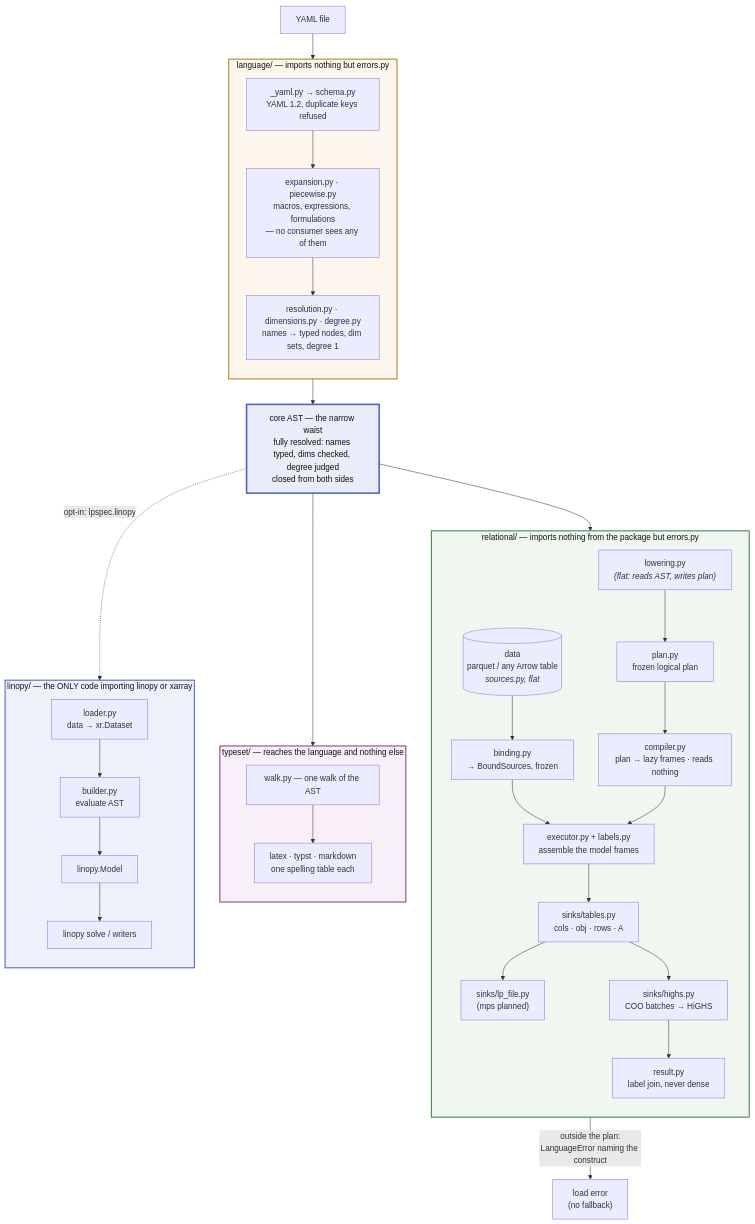
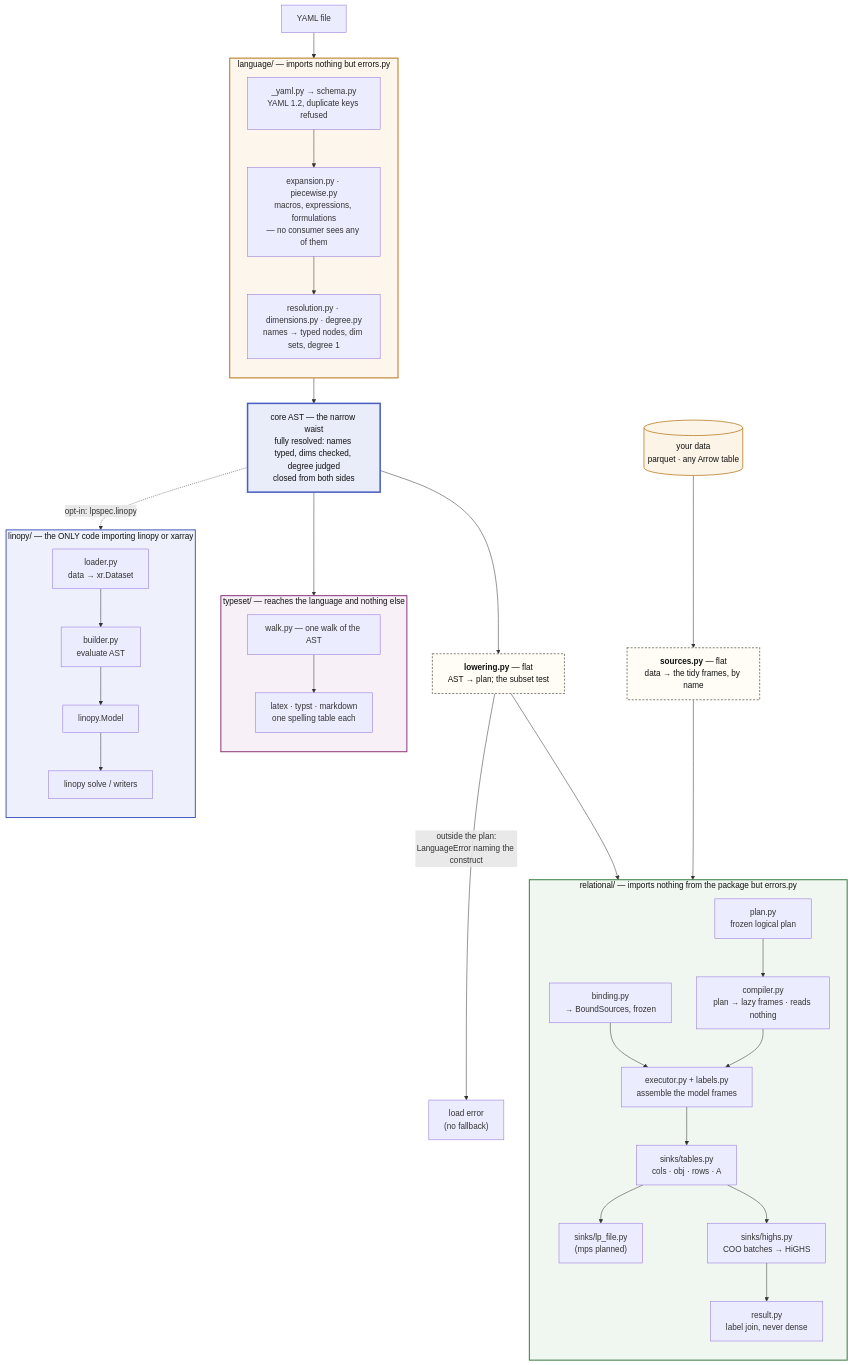
One commit to FBumann/farkas changed the first of 2 diagrams in docs/ARCHITECTURE.md. Above: the diagram before and after it, drawn with Mermaid. The commit also changed other lines of this file and 1 other file, not shown here.

First line of the commit message:
docs(architecture): the data arrow, and the seam it enters at

````diff
--- a/docs/ARCHITECTURE.md
+++ b/docs/ARCHITECTURE.md
@@ -31,54 +40,63 @@
 ```mermaid
 flowchart TB
     Y[YAML file] --> LANG
 
     subgraph LANG["language/ — imports nothing but errors.py"]
         direction TB
         SCHEMA["_yaml.py → schema.py<br/>YAML 1.2, duplicate keys refused"]
         SCHEMA --> EXPAND["expansion.py · piecewise.py<br/>macros, expressions, formulations<br/>— no consumer sees any of them"]
         EXPAND --> RESOLVE["resolution.py · dimensions.py · degree.py<br/>names → typed nodes, dim sets, degree 1"]
     end
 
     LANG --> AST["core AST — the narrow waist<br/>fully resolved: names typed, dims checked, degree judged<br/>closed from both sides"]
 
     AST --> LOWER
     AST --> WALK
     AST -.->|"opt-in: lpspec.linopy"| BUILD
 
+    DATA[("your data<br/>parquet · any Arrow table")] --> SRC
+
+    LOWER["<b>lowering.py</b> — flat<br/>AST → plan; the subset test"]
+    SRC["<b>sources.py</b> — flat<br/>data → the tidy frames, by name"]
+
+    LOWER --> PLAN
+    SRC --> BIND
+    LOWER -->|"outside the plan:<br/>LanguageError naming the construct"| ERR["load error<br/>(no fallback)"]
+
     subgraph REL["relational/ — imports nothing from the package but errors.py"]
         direction TB
-        LOWER["lowering.py<br/><i>(flat: reads AST, writes plan)</i>"] --> PLAN["plan.py<br/>frozen logical plan"]
-        PLAN --> COMP["compiler.py<br/>plan → lazy frames · reads nothing"]
-        DR[("data<br/>parquet / any Arrow table<br/><i>sources.py, flat</i>")] --> BIND["binding.py<br/>→ BoundSources, frozen"]
-        BIND --> EXEC
+        PLAN["plan.py<br/>frozen logical plan"] --> COMP["compiler.py<br/>plan → lazy frames · reads nothing"]
+        BIND["binding.py<br/>→ BoundSources, frozen"] --> EXEC
         COMP --> EXEC["executor.py + labels.py<br/>assemble the model frames"]
         EXEC --> TABLES["sinks/tables.py<br/>cols · obj · rows · A"]
         TABLES --> LPS["sinks/lp_file.py<br/>(mps planned)"]
         TABLES --> DIRECT["sinks/highs.py<br/>COO batches → HiGHS"]
         DIRECT --> SOL["result.py<br/>label join, never dense"]
     end
 
     subgraph TS["typeset/ — reaches the language and nothing else"]
         direction TB
         WALK["walk.py — one walk of the AST"] --> FMT["latex · typst · markdown<br/>one spelling table each"]
     end
 
     subgraph EAGER["linopy/ — the ONLY code importing linopy or xarray"]
         direction TB
         LOAD["loader.py<br/>data → xr.Dataset"] --> BUILD["builder.py<br/>evaluate AST"]
         BUILD --> MODEL[linopy.Model] --> SOLVE["linopy solve / writers"]
     end
 
-    LOWER -->|"outside the plan:<br/>LanguageError naming the construct"| ERR["load error<br/>(no fallback)"]
-
     classDef laneL fill:#fdf6ec,stroke:#b7791f,stroke-width:2px,color:#111
     classDef laneR fill:#f0f7f0,stroke:#3a7d44,stroke-width:2px,color:#111
     classDef laneE fill:#eef1fb,stroke:#4a5fc1,stroke-width:2px,color:#111
     classDef laneT fill:#f7f0f7,stroke:#8b3a7d,stroke-width:2px,color:#111
     classDef waist fill:#e9edfa,stroke:#4a5fc1,stroke-width:3px,color:#111
+    classDef flat fill:#fffdf5,stroke:#8a8578,stroke-width:2px,stroke-dasharray:4 3,color:#111
+    classDef data fill:#fdf4e8,stroke:#b7791f,stroke-width:1.5px,color:#111
     class LANG laneL
     class REL laneR
     class EAGER laneE
     class TS laneT
     class AST waist
+    class LOWER,SRC flat
+    class DATA data
 ```
````
